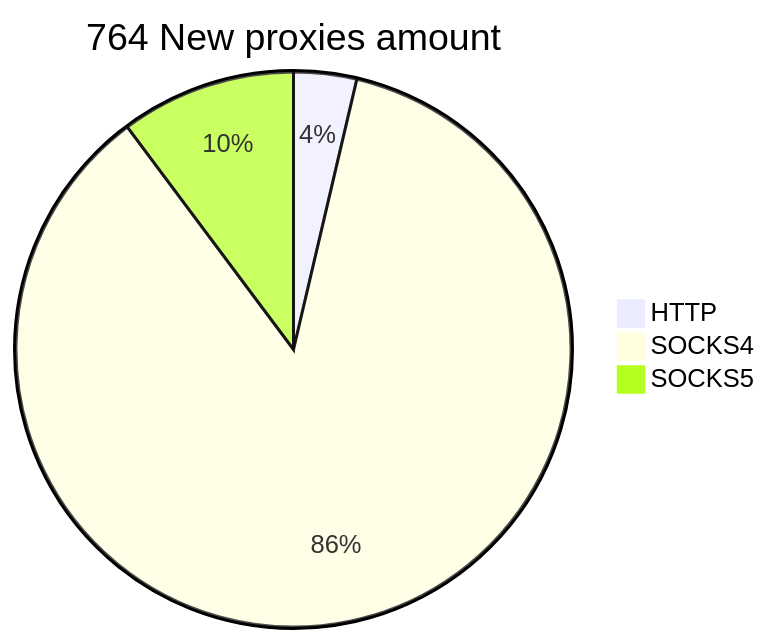
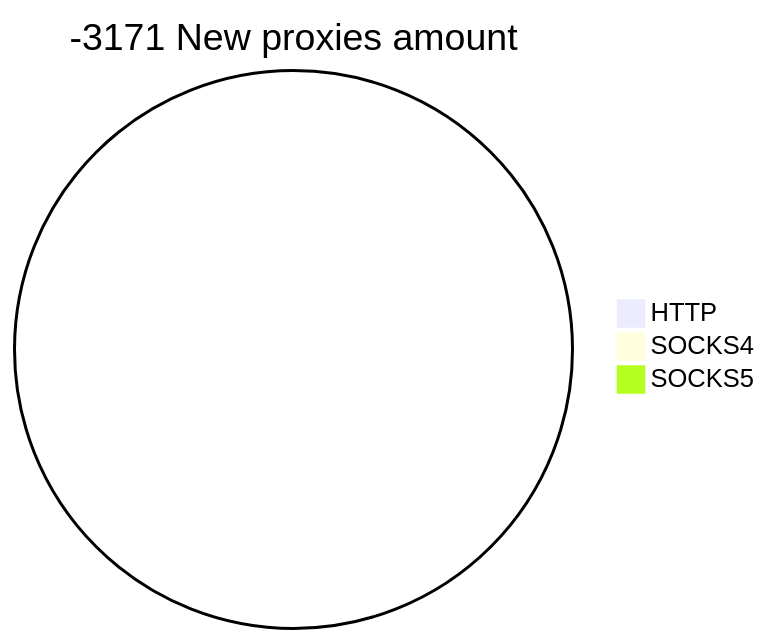
Before and after one commit to cutipu/proxylist: the second of 2 diagrams in README.md, drawn with Mermaid. The commit also changed other lines of this file, not shown here.

````diff
--- a/README.md
+++ b/README.md
@@ -10,6 +10,6 @@
 ```mermaid
-pie title 764 New proxies amount
-    "HTTP" : 28
-    "SOCKS4" : 658
-    "SOCKS5" : 78
+pie title -3171 New proxies amount
+    "HTTP" : 0
+    "SOCKS4" : 0
+    "SOCKS5" : 0
 ```
````
